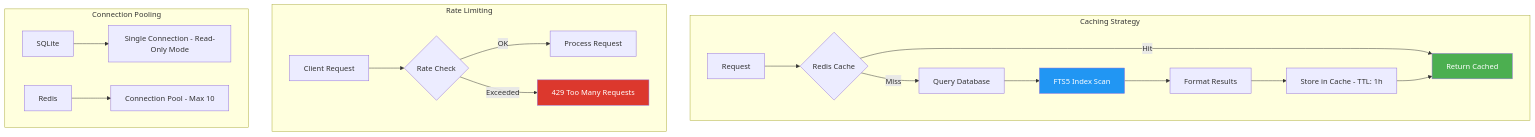
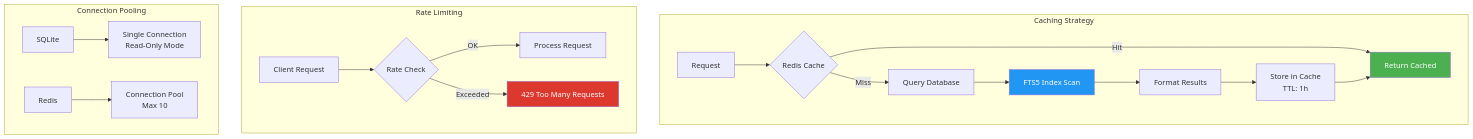
Before and after one commit to tfranczyk/d365fo-mcp-server: diagram 15 of 20 in docs/ARCHITECTURE.md, drawn with Mermaid. The commit also changed other lines of this file, not shown here.

Commit message:
architecture.md diagram fix

````diff
--- a/docs/ARCHITECTURE.md
+++ b/docs/ARCHITECTURE.md
@@ -851,27 +851,27 @@
 ```mermaid
 graph TD
     subgraph "Caching Strategy"
         L1[Request] --> L2{Redis Cache}
         L2 -->|Hit| L3[Return Cached]
         L2 -->|Miss| L4[Query Database]
         L4 --> L5[FTS5 Index Scan]
         L5 --> L6[Format Results]
-        L6 --> L7[Store in Cache - TTL: 1h]
+        L6 --> L7[Store in Cache\n TTL: 1h]
         L7 --> L3
     end
 
     subgraph "Rate Limiting"
         R1[Client Request] --> R2{Rate Check}
         R2 -->|OK| R3[Process Request]
         R2 -->|Exceeded| R4[429 Too Many Requests]
     end
 
     subgraph "Connection Pooling"
-        C1[SQLite] --> C2[Single Connection - Read-Only Mode]
-        C3[Redis] --> C4[Connection Pool - Max 10]
+        C1[SQLite] --> C2[Single Connection\n Read-Only Mode]
+        C3[Redis] --> C4[Connection Pool\n Max 10]
     end
     
     style L3 fill:#4CAF50,color:#fff
     style R4 fill:#DC382D,color:#fff
     style L5 fill:#2196F3,color:#fff
 ```
````
